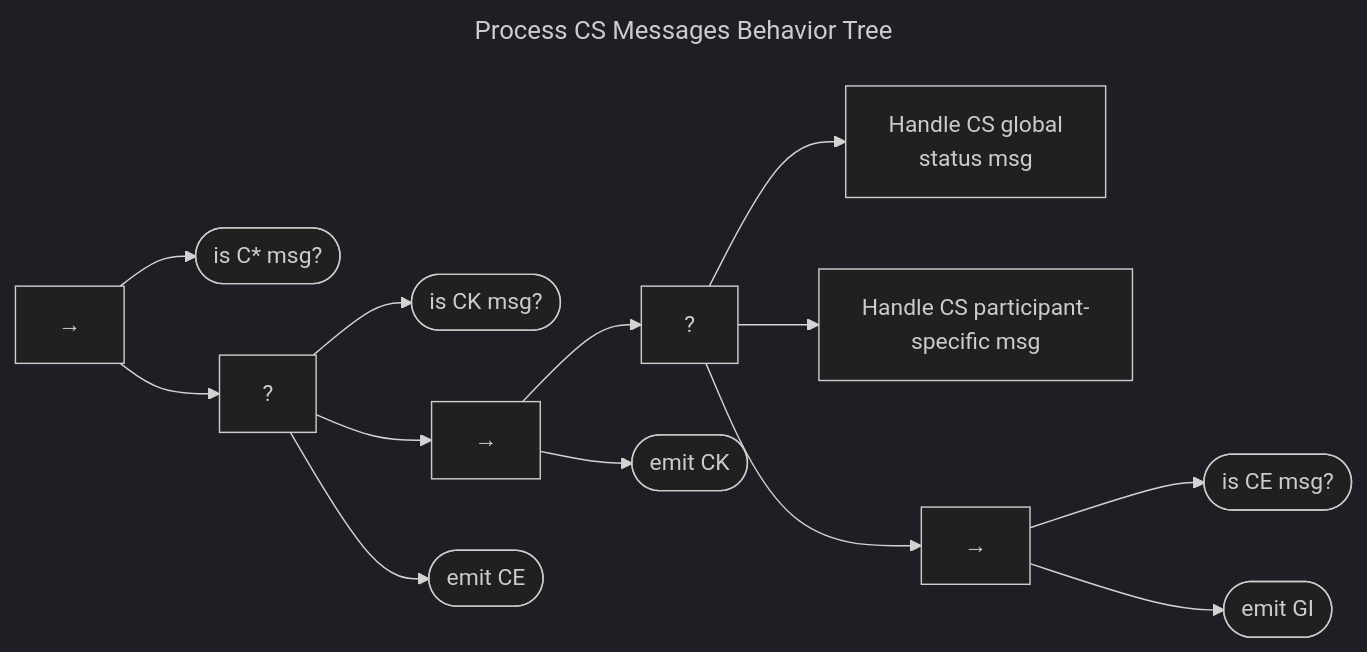
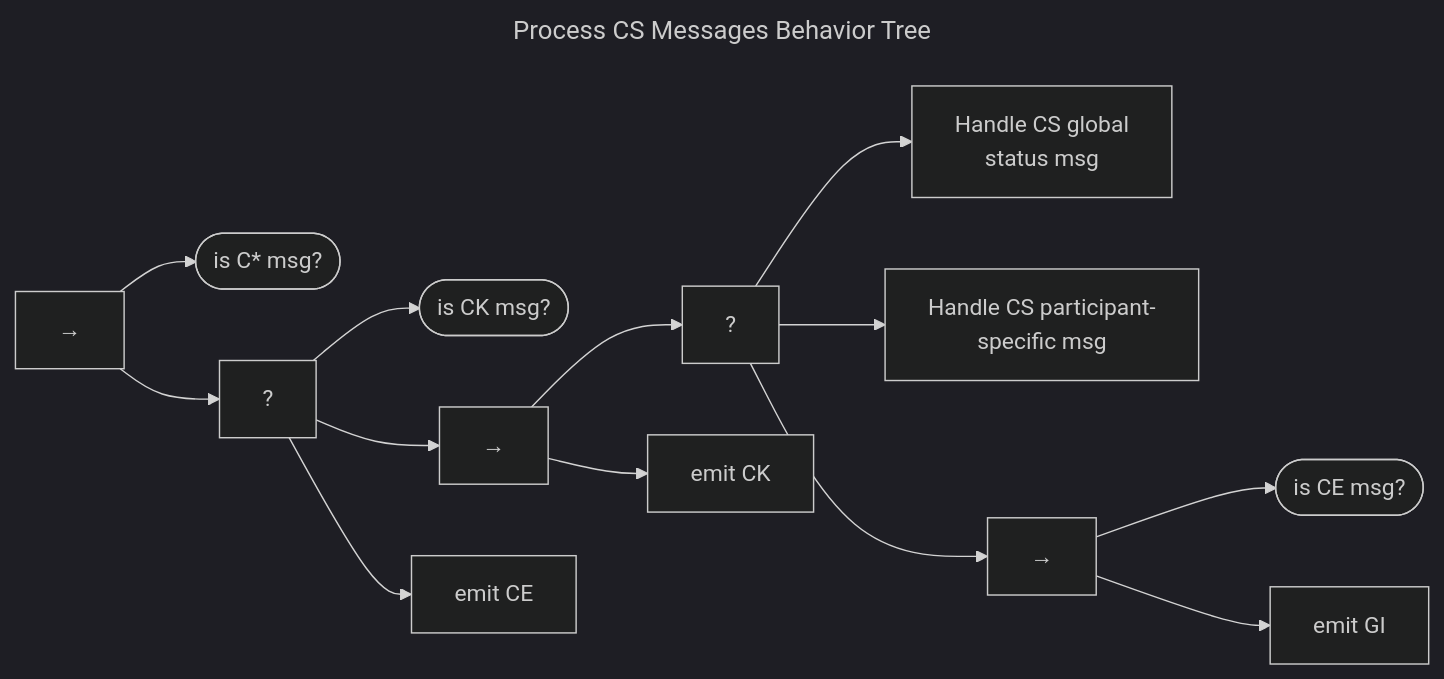
The first of 3 diagrams in docs/topics/behavior_logic/msg_cs_bt.md (CERTCC/Vultron), drawn with Mermaid (dark theme) before and after one commit. The commit also changed other lines of this file and 2 other files, not shown here.

Commit message:
fix error in diagram node types

````diff
--- a/docs/topics/behavior_logic/msg_cs_bt.md
+++ b/docs/topics/behavior_logic/msg_cs_bt.md
@@ -5,31 +5,31 @@
 ```mermaid
 ---
 title: Process CS Messages Behavior Tree
 ---
 flowchart LR
     seq["&rarr;"]
     is_C_msg(["is C* msg?"])
     seq --> is_C_msg
     fb["?"]
     seq --> fb
     is_CK_msg(["is CK msg?"])
     fb --> is_CK_msg
     seq2["&rarr;"]
     fb --> seq2
     fb2["?"]
     seq2 --> fb2
     cs_global["Handle CS global<br/>status msg"]
     fb2 --> cs_global
     cs_pspec["Handle CS participant-<br/>specific msg"]
     fb2 --> cs_pspec
     err_seq["&rarr;"]
     fb2 --> err_seq
     is_ce_msg(["is CE msg?"])
     err_seq --> is_ce_msg
-    emit_gi(["emit GI"])
+    emit_gi["emit GI"]
     err_seq --> emit_gi
-    emit_ck(["emit CK"])
+    emit_ck["emit CK"]
     seq2 --> emit_ck
-    emit_ce(["emit CE"])
+    emit_ce["emit CE"]
     fb --> emit_ce
 ```
````
